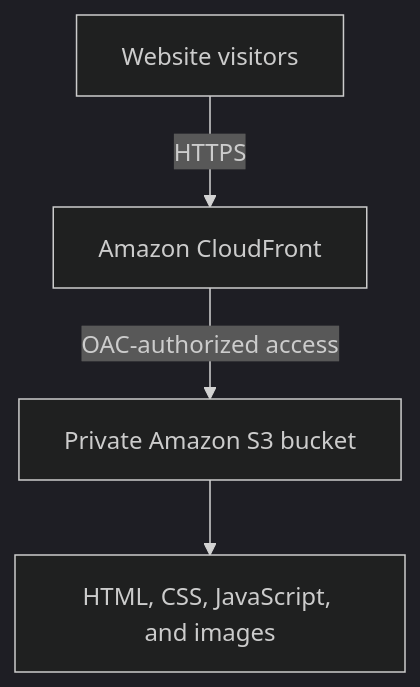
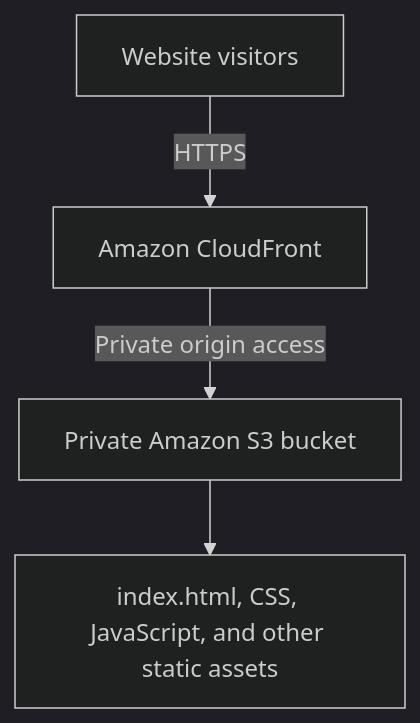
The diagram in README.md (odayhaitham742-ops/aws-cloud-portfolio), drawn with Mermaid (dark theme) before and after one commit. The commit also changed other lines of this file, not shown here.

````diff
--- a/README.md
+++ b/README.md
@@ -15,6 +22,6 @@
 ```mermaid
 flowchart TD
     V[Website visitors] -->|HTTPS| CF[Amazon CloudFront]
-    CF -->|OAC-authorized access| S3[Private Amazon S3 bucket]
-    S3 --> A[HTML, CSS, JavaScript, and images]
+    CF -->|Private origin access| S3[Private Amazon S3 bucket]
+    S3 --> A[index.html, CSS, JavaScript, and other static assets]
 ```
````
